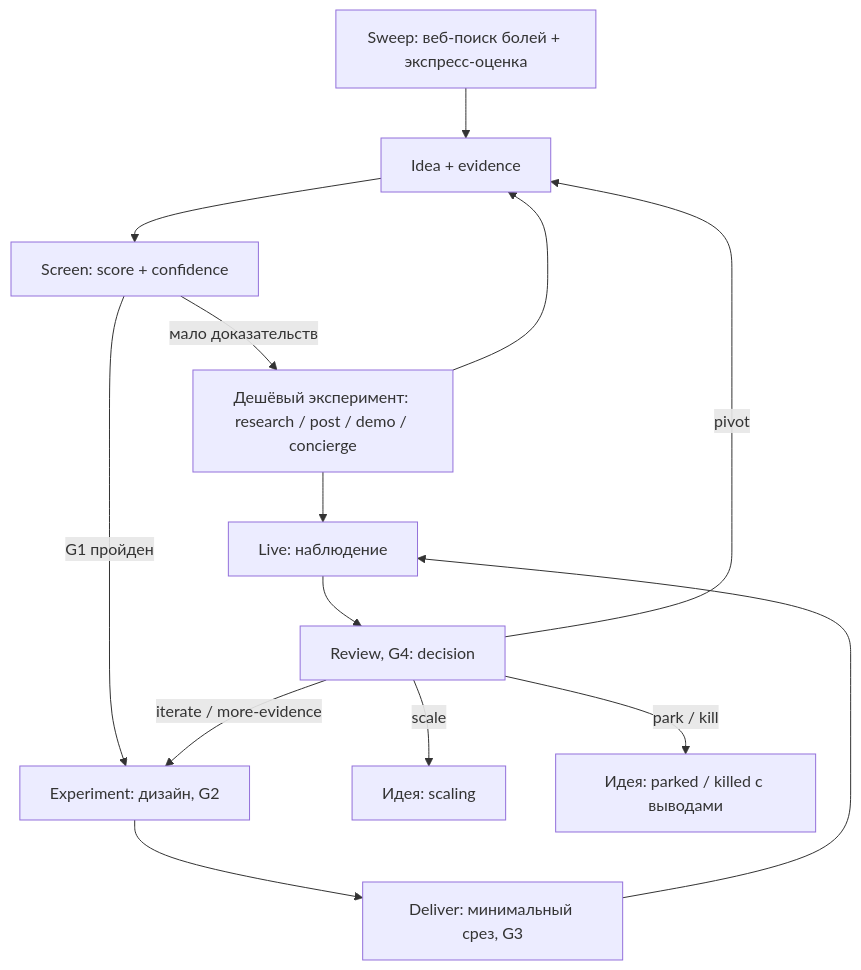
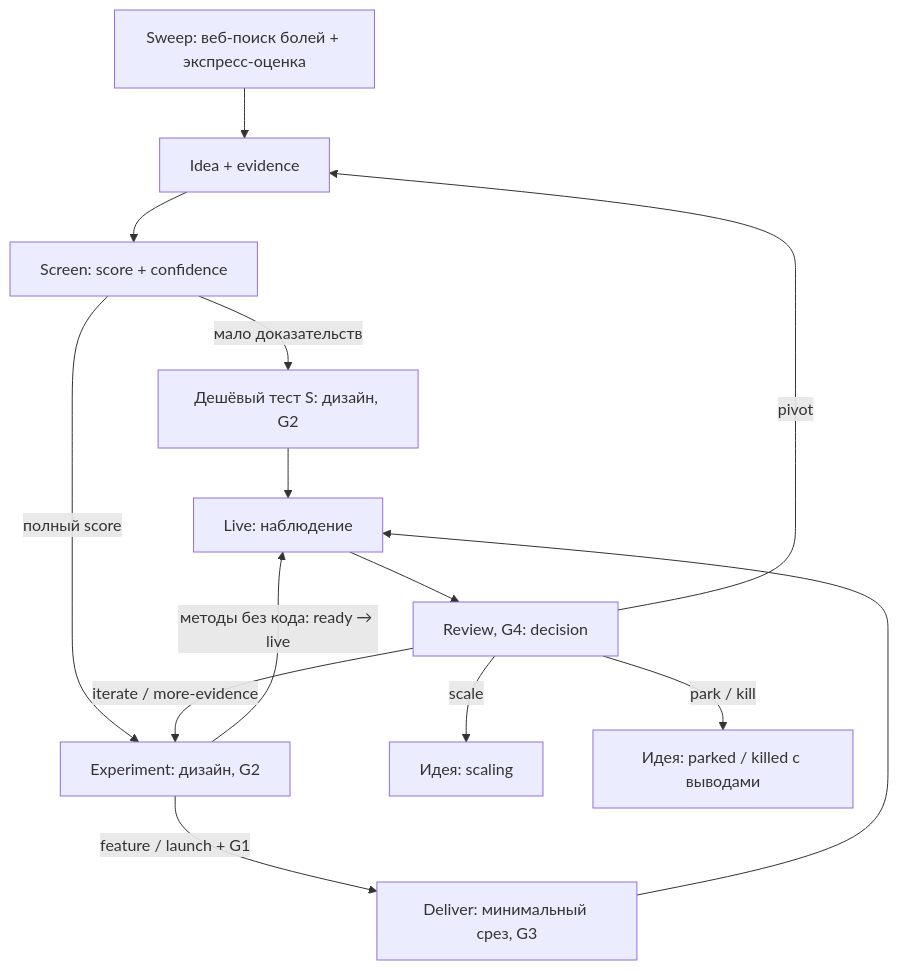
Before and after one commit to vadimvvlasov/product-lab-system: the diagram in README.md, drawn with Mermaid. The commit also changed other lines of this file and 4 other files, not shown here.

````diff
--- a/README.md
+++ b/README.md
@@ -9,16 +9,16 @@
 ```mermaid
 flowchart TD
     A[Sweep: веб-поиск болей + экспресс-оценка] --> B[Idea + evidence]
     B --> C[Screen: score + confidence]
-    C -->|мало доказательств| D[Дешёвый эксперимент: research / post / demo / concierge]
-    D --> B
-    C -->|G1 пройден| E[Experiment: дизайн, G2]
-    E --> F[Deliver: минимальный срез, G3]
-    F --> G[Live: наблюдение]
+    C -->|мало доказательств| D[Дешёвый тест S: дизайн, G2]
+    C -->|полный score| E[Experiment: дизайн, G2]
+    E -->|методы без кода: ready → live| G[Live: наблюдение]
+    E -->|feature / launch + G1| F[Deliver: минимальный срез, G3]
+    F --> G
     D --> G
     G --> H[Review, G4: decision]
     H -->|iterate / more-evidence| E
     H -->|pivot| B
     H -->|scale| I[Идея: scaling]
     H -->|park / kill| J[Идея: parked / killed с выводами]
 ```
````
